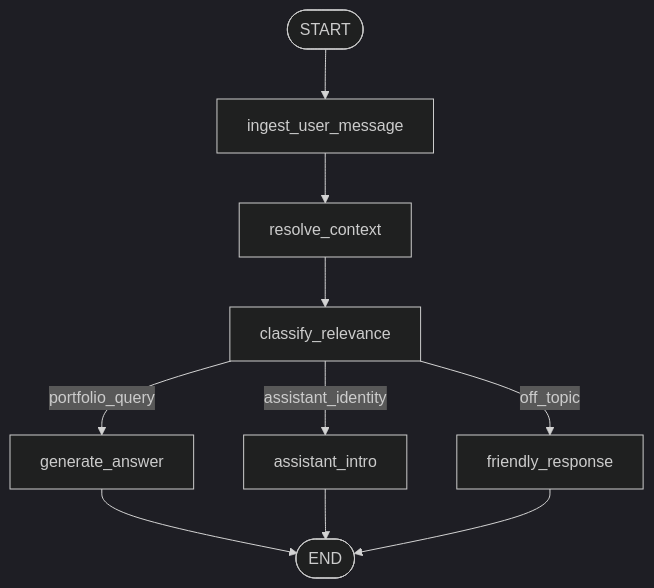
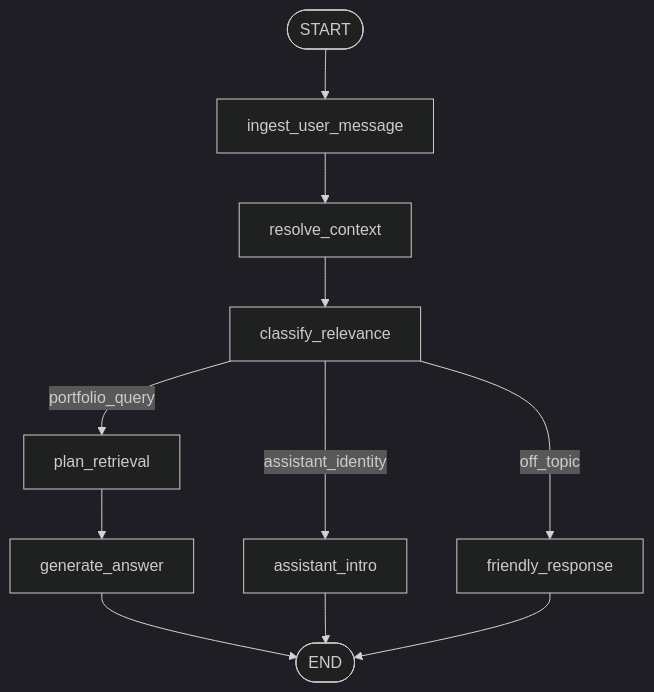
Before and after one commit to yubi00/portfolio-assistant-langgraph: the second of 2 diagrams in LANGGRAPH_ARCHITECTURE.md, drawn with Mermaid (dark theme). The commit also changed other lines of this file and 15 other files, not shown here.

First line of the commit message:
Add retrieval planning graph phase

````diff
--- a/LANGGRAPH_ARCHITECTURE.md
+++ b/LANGGRAPH_ARCHITECTURE.md
@@ -57,14 +58,15 @@
 ```mermaid
 flowchart TD
     START([START]) --> Ingest[ingest_user_message]
     Ingest --> Resolve[resolve_context]
     Resolve --> Classify[classify_relevance]
 
-    Classify -->|portfolio_query| Answer[generate_answer]
+    Classify -->|portfolio_query| Plan[plan_retrieval]
     Classify -->|assistant_identity| Intro[assistant_intro]
     Classify -->|off_topic| Friendly[friendly_response]
 
+    Plan --> Answer[generate_answer]
     Answer --> END([END])
     Intro --> END
     Friendly --> END
 ```
````
